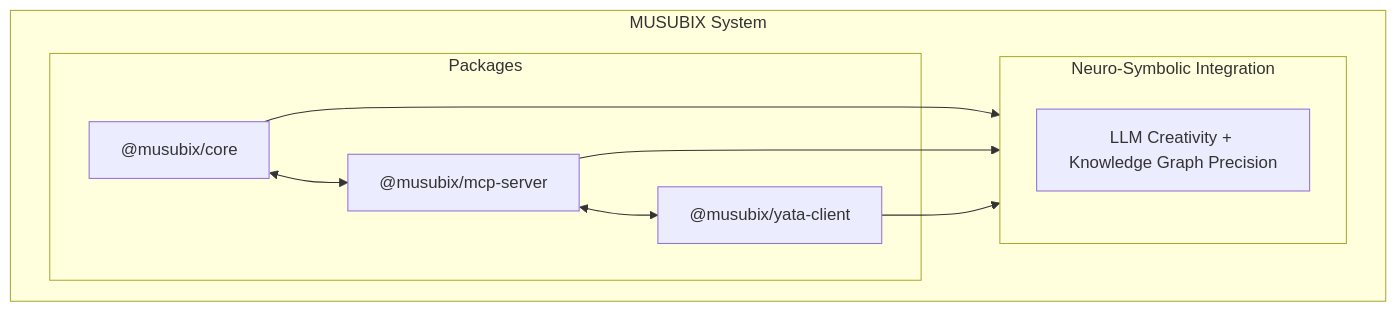
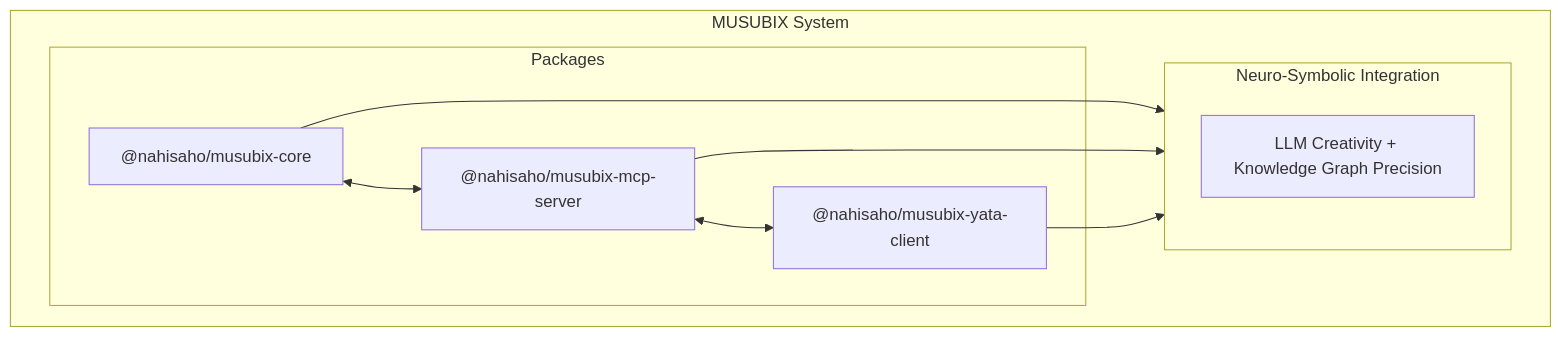
The diagram in README.ja.md (Takashi-So/MUSUBIX), drawn with Mermaid before and after one commit. The commit also changed other lines of this file and 59 other files, not shown here.

````diff
--- a/README.ja.md
+++ b/README.ja.md
@@ -28,21 +29,21 @@
 ```mermaid
 flowchart TB
     subgraph MUSUBIX["MUSUBIX System"]
         subgraph Packages["Packages"]
-            Core["@musubix/core"]
-            MCP["@musubix/mcp-server"]
-            YATA["@musubix/yata-client"]
+            Core["@nahisaho/musubix-core"]
+            MCP["@nahisaho/musubix-mcp-server"]
+            YATA["@nahisaho/musubix-yata-client"]
         end
         
         Core <--> MCP
         MCP <--> YATA
         
         subgraph Integration["Neuro-Symbolic Integration"]
             NSI["LLM Creativity + Knowledge Graph Precision"]
         end
         
         Core --> Integration
         MCP --> Integration
         YATA --> Integration
     end
 ```
````
